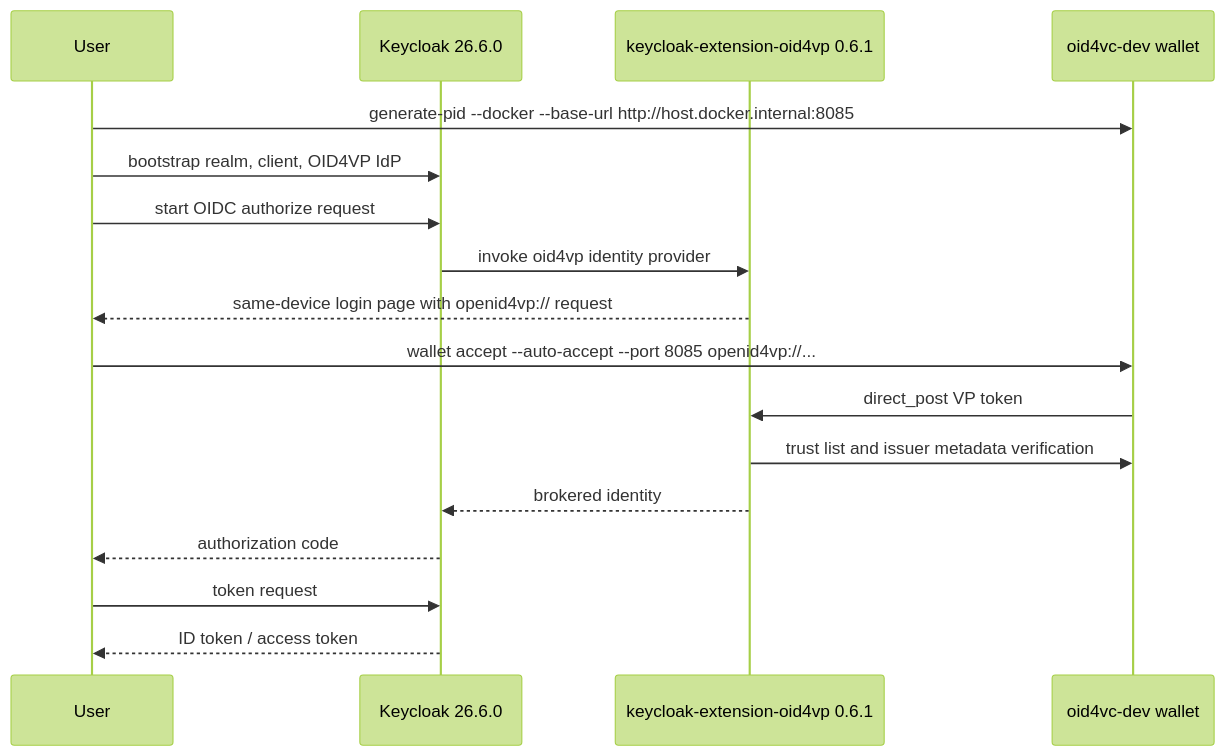
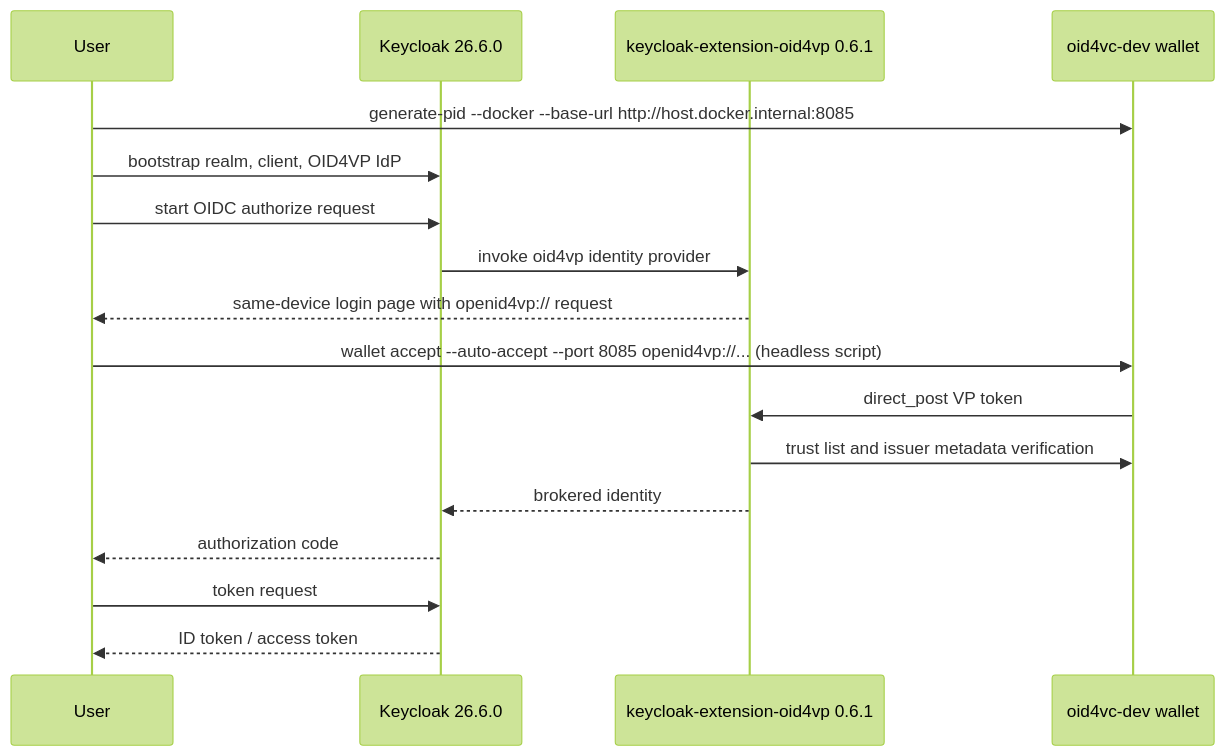
The diagram in examples/keycloak-verifier-oid4vp/README.md (dominikschlosser/ssi-debugger), drawn with Mermaid (forest theme) before and after one commit. The commit also changed other lines of this file and 22 other files, not shown here.

Commit message:
fix: issuance+verification example flow, wallet without auto-accept shows confirm dialog for issuance

````diff
--- a/examples/keycloak-verifier-oid4vp/README.md
+++ b/examples/keycloak-verifier-oid4vp/README.md
@@ -15,20 +15,20 @@
 ```mermaid
 sequenceDiagram
     participant U as User
     participant KC as Keycloak 26.6.0
     participant EXT as keycloak-extension-oid4vp 0.6.1
     participant W as oid4vc-dev wallet
 
     U->>W: generate-pid --docker --base-url http://host.docker.internal:8085
     U->>KC: bootstrap realm, client, OID4VP IdP
     U->>KC: start OIDC authorize request
     KC->>EXT: invoke oid4vp identity provider
     EXT-->>U: same-device login page with openid4vp:// request
-    U->>W: wallet accept --auto-accept --port 8085 openid4vp://...
+    U->>W: wallet accept --auto-accept --port 8085 openid4vp://... (headless script)
     W->>EXT: direct_post VP token
     EXT->>W: trust list and issuer metadata verification
     EXT-->>KC: brokered identity
     KC-->>U: authorization code
     U->>KC: token request
     KC-->>U: ID token / access token
 ```
````
